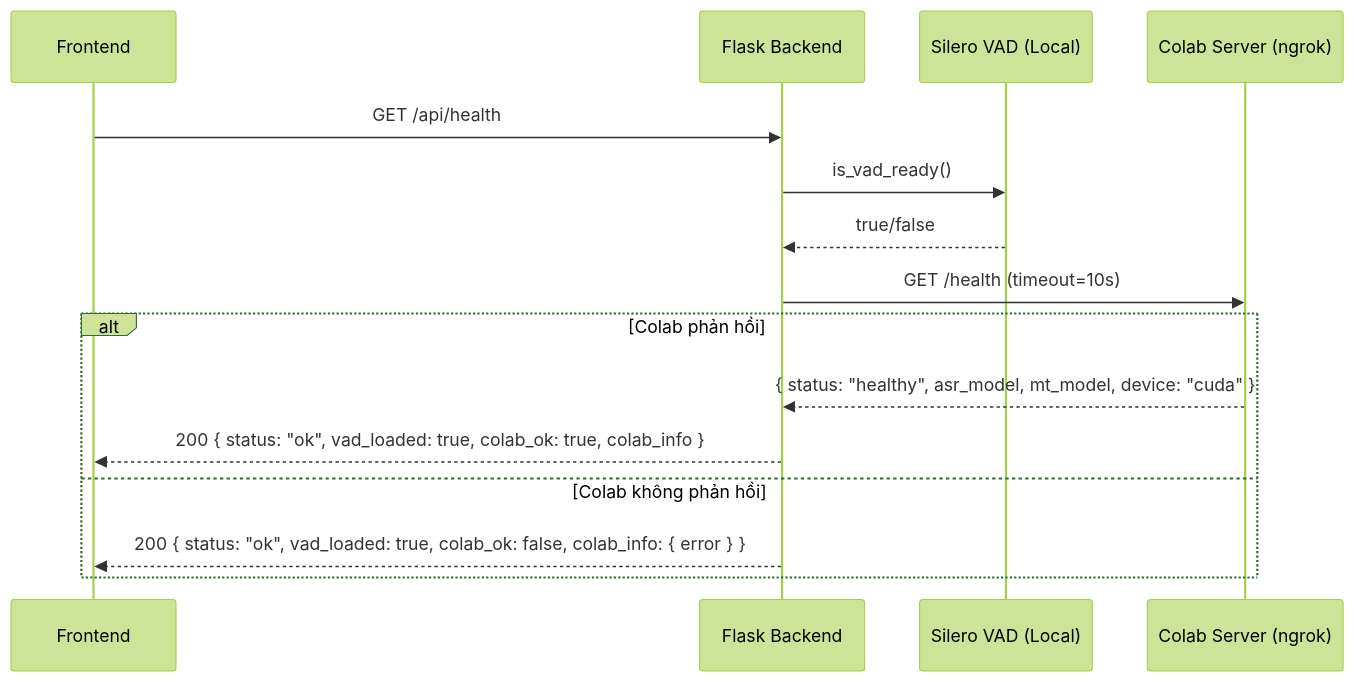
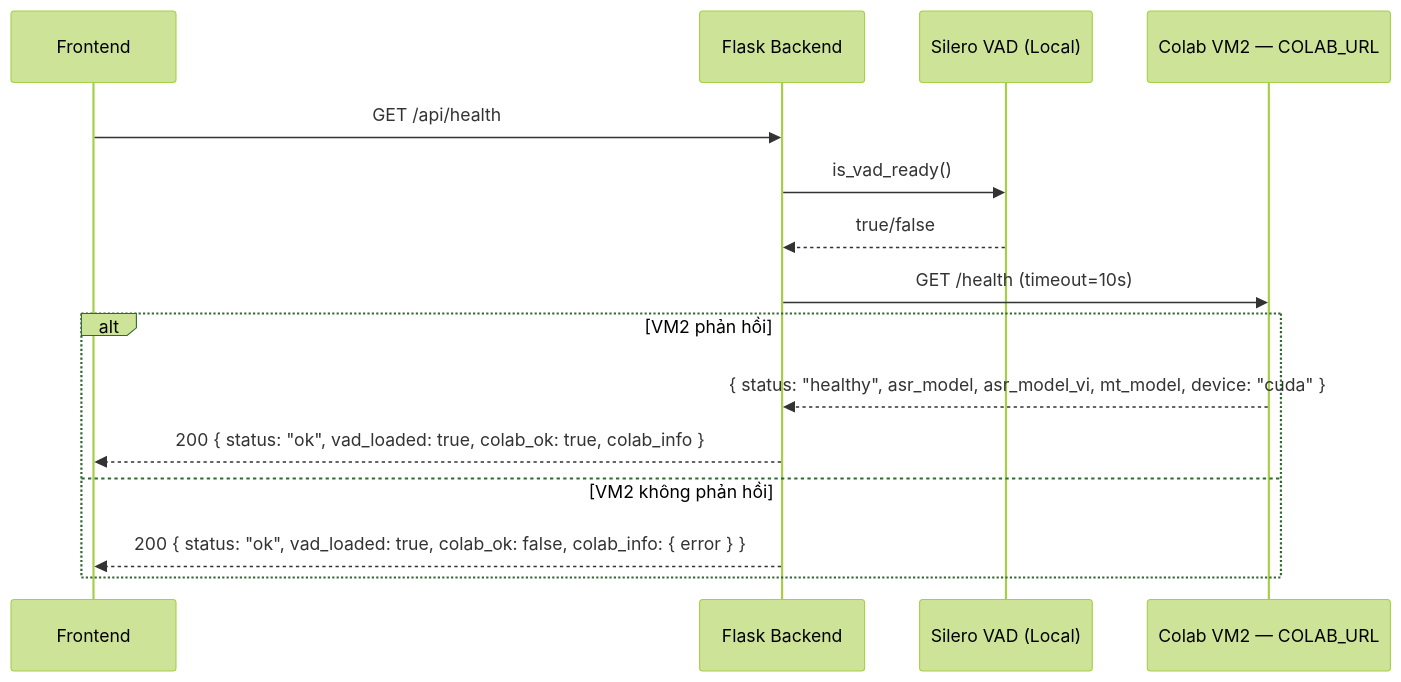
Before and after one commit to SonDinh1129/subtitle-project: diagram 18 of 19 in docs/system-flows.md, drawn with Mermaid (forest theme). The commit also changed other lines of this file and 1 other file, not shown here.

First line of the commit message:
docs: refactor system-flows and usecases for 2-VM Kyutai architecture

````diff
--- a/docs/system-flows.md
+++ b/docs/system-flows.md
@@ -642,19 +685,19 @@
 ```mermaid
 sequenceDiagram
     participant FE as Frontend
     participant Flask as Flask Backend
     participant VAD as Silero VAD (Local)
-    participant Colab as Colab Server (ngrok)
+    participant VM2 as Colab VM2 — COLAB_URL
 
     FE->>Flask: GET /api/health
     Flask->>VAD: is_vad_ready()
     VAD-->>Flask: true/false
 
-    Flask->>Colab: GET /health (timeout=10s)
-    alt Colab phản hồi
-        Colab-->>Flask: { status: "healthy", asr_model, mt_model, device: "cuda" }
+    Flask->>VM2: GET /health (timeout=10s)
+    alt VM2 phản hồi
+        VM2-->>Flask: { status: "healthy", asr_model, asr_model_vi, mt_model, device: "cuda" }
         Flask-->>FE: 200 { status: "ok", vad_loaded: true, colab_ok: true, colab_info }
-    else Colab không phản hồi
+    else VM2 không phản hồi
         Flask-->>FE: 200 { status: "ok", vad_loaded: true, colab_ok: false, colab_info: { error } }
     end
 ```
````
